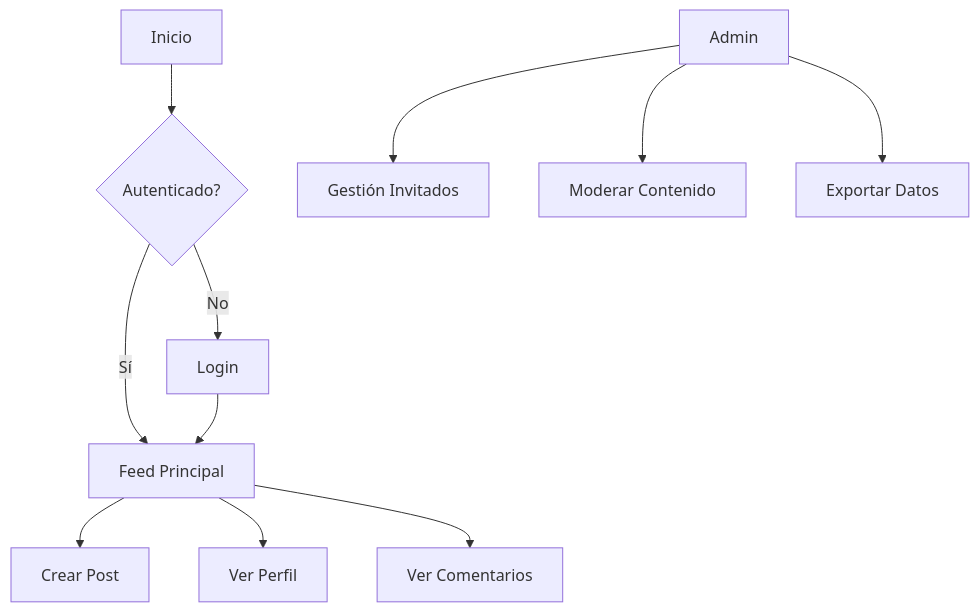
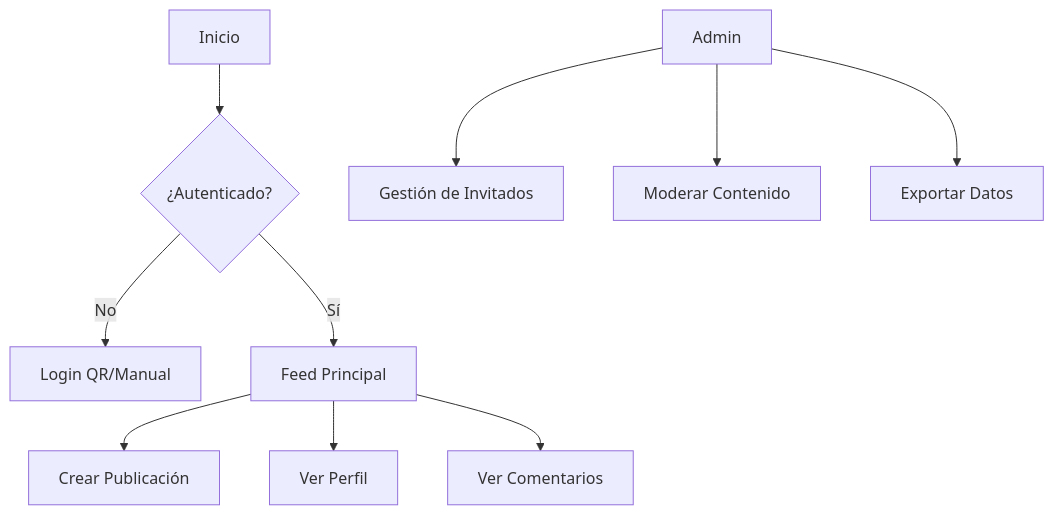
Before and after one commit to alejandrobavaro/qrsocial: the diagram in README.md, drawn with Mermaid. The commit also changed other lines of this file and 20 other files, not shown here.

````diff
--- a/README.md
+++ b/README.md
@@ -194,13 +73,12 @@
 ```mermaid
 graph TD
-    A[Inicio] --> B{Autenticado?}
-    B -->|No| C[Login]
+    A[Inicio] --> B{¿Autenticado?}
+    B -->|No| C[Login QR/Manual]
     B -->|Sí| D[Feed Principal]
-    C --> D
-    D --> E[Crear Post]
+    D --> E[Crear Publicación]
     D --> F[Ver Perfil]
     D --> G[Ver Comentarios]
-    H[Admin] --> I[Gestión Invitados]
+    H[Admin] --> I[Gestión de Invitados]
     H --> J[Moderar Contenido]
     H --> K[Exportar Datos]
 ```
````
